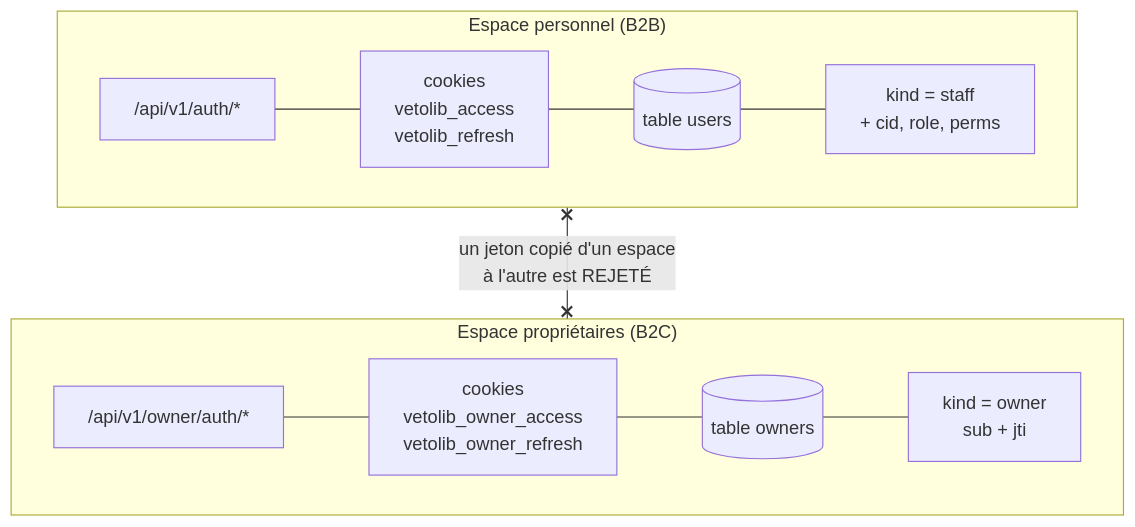
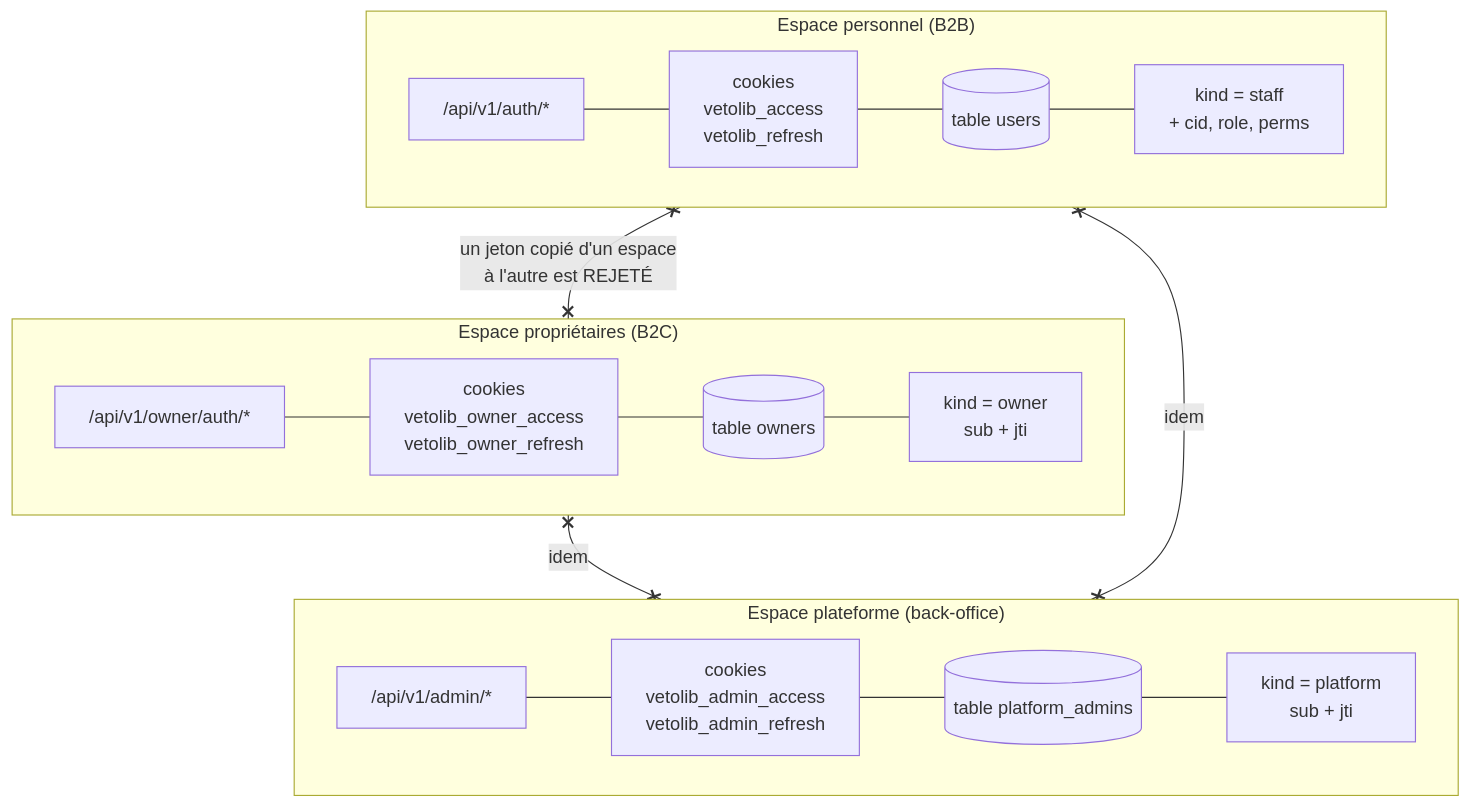
One commit to kederiku/VetLib changed the first of 3 diagrams in documentation/docs/architecture/authentification.md. Above: the diagram before and after it, drawn with Mermaid. The commit also changed other lines of this file and 56 other files, not shown here.

````diff
--- a/documentation/docs/architecture/authentification.md
+++ b/documentation/docs/architecture/authentification.md
@@ -21,18 +24,27 @@
 ```mermaid
 flowchart TD
   subgraph STAFF["Espace personnel (B2B)"]
     direction LR
     SA["/api/v1/auth/*"] --- SC1["cookies<br/>vetolib_access<br/>vetolib_refresh"]
     SC1 --- ST[("table users")]
     ST --- SK["kind = staff<br/>+ cid, role, perms"]
   end
 
   subgraph OWNER["Espace propriétaires (B2C)"]
     direction LR
     OA["/api/v1/owner/auth/*"] --- OC1["cookies<br/>vetolib_owner_access<br/>vetolib_owner_refresh"]
     OC1 --- OT[("table owners")]
     OT --- OK["kind = owner<br/>sub + jti"]
   end
 
+  subgraph PLATFORM["Espace plateforme (back-office)"]
+    direction LR
+    PA["/api/v1/admin/*"] --- PC1["cookies<br/>vetolib_admin_access<br/>vetolib_admin_refresh"]
+    PC1 --- PT[("table platform_admins")]
+    PT --- PK["kind = platform<br/>sub + jti"]
+  end
+
   STAFF x--x|"un jeton copié d'un espace<br/>à l'autre est REJETÉ"| OWNER
+  OWNER x--x|"idem"| PLATFORM
+  STAFF x--x|"idem"| PLATFORM
 ```
````
